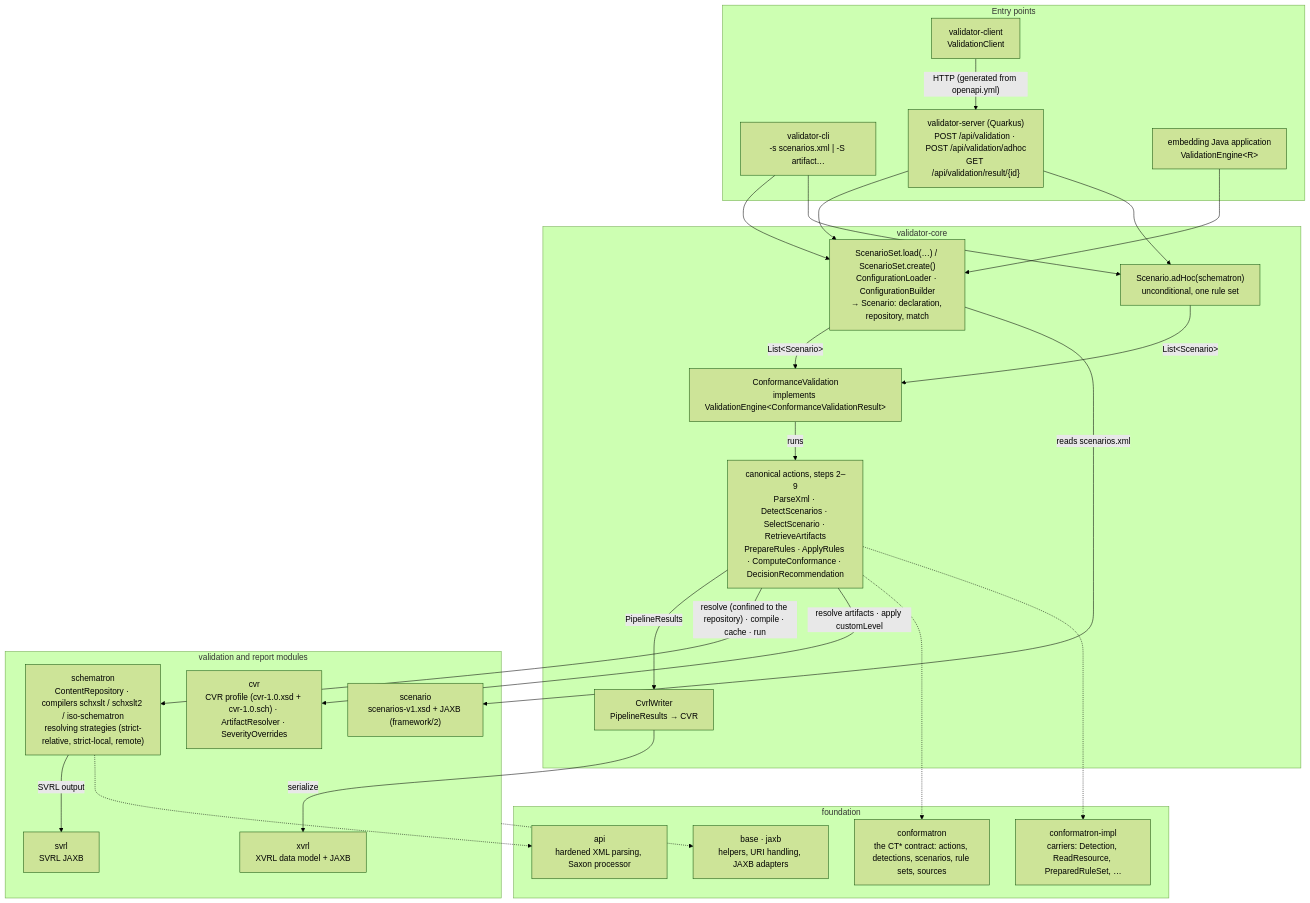
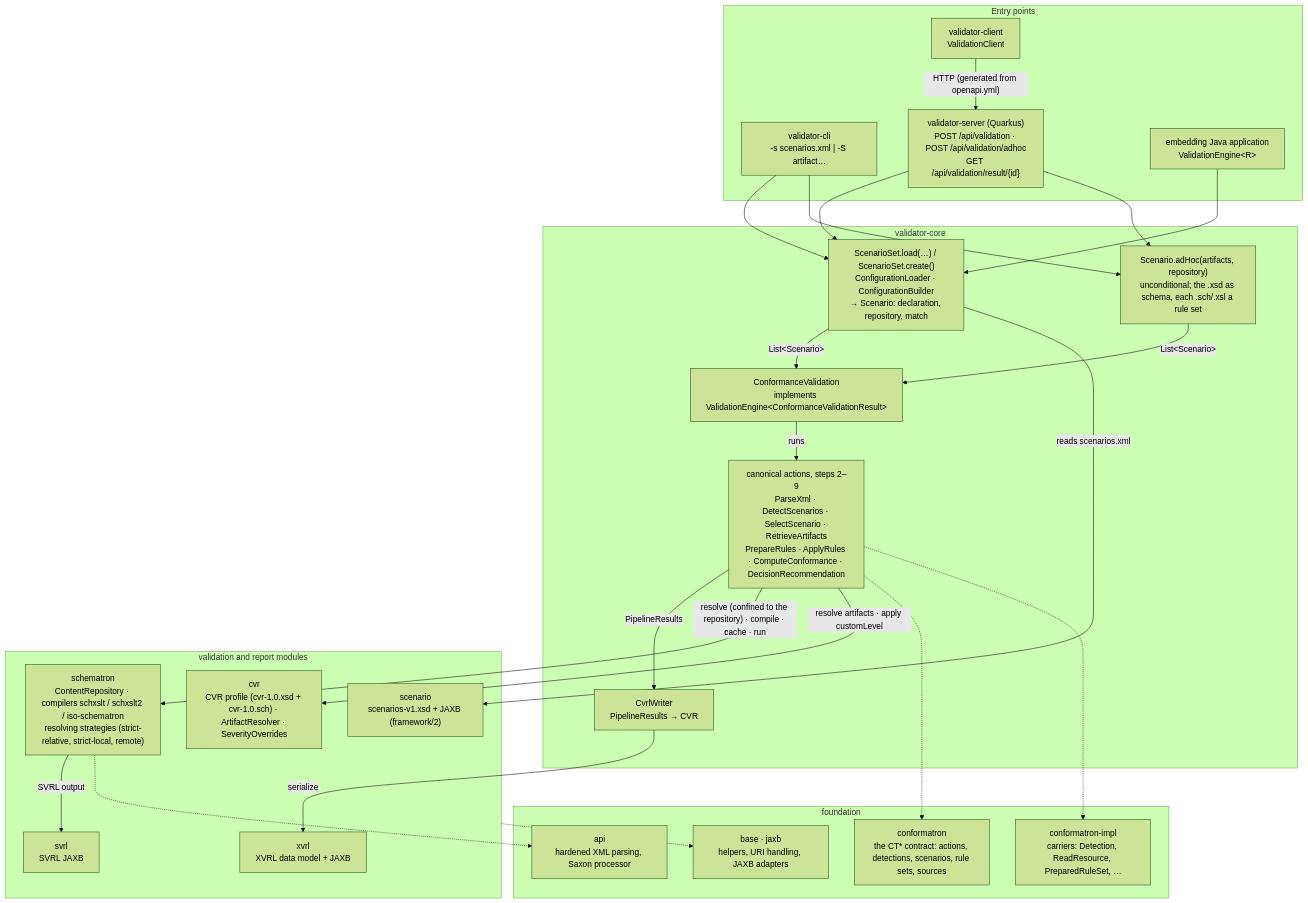
Before and after one commit to itplr-kosit/validator: the first of 5 diagrams in docs/architecture.md, drawn with Mermaid (forest theme). The commit also changed other lines of this file and 9 other files, not shown here.

````diff
--- a/docs/architecture.md
+++ b/docs/architecture.md
@@ -15,51 +15,51 @@
 ```mermaid
 flowchart TB
     subgraph entry["Entry points"]
         CLI["validator-cli<br/>-s scenarios.xml | -S artifact…"]
         SRV["validator-server (Quarkus)<br/>POST /api/validation · POST /api/validation/adhoc<br/>GET /api/validation/result/{id}"]
         CLT["validator-client<br/>ValidationClient"]
         APP["embedding Java application<br/>ValidationEngine&lt;R&gt;"]
     end
     CLT -- "HTTP (generated from openapi.yml)" --> SRV
 
     subgraph core["validator-core"]
         LOAD["ScenarioSet.load(…) / ScenarioSet.create()<br/>ConfigurationLoader · ConfigurationBuilder<br/>→ Scenario: declaration, repository, match"]
-        ADHOC["Scenario.adHoc(schematron)<br/>unconditional, one rule set"]
+        ADHOC["Scenario.adHoc(artifacts, repository)<br/>unconditional; the .xsd as schema, each .sch/.xsl a rule set"]
         ENG["ConformanceValidation<br/>implements ValidationEngine&lt;ConformanceValidationResult&gt;"]
         ACT["canonical actions, steps 2–9<br/>ParseXml · DetectScenarios · SelectScenario · RetrieveArtifacts<br/>PrepareRules · ApplyRules · ComputeConformance · DecisionRecommendation"]
         WR["CvrlWriter<br/>PipelineResults → CVR"]
     end
     CLI --> LOAD
     CLI --> ADHOC
     SRV --> LOAD
     SRV --> ADHOC
     APP --> LOAD
     LOAD -- "List&lt;Scenario&gt;" --> ENG
     ADHOC -- "List&lt;Scenario&gt;" --> ENG
     ENG -- "runs" --> ACT
     ACT -- "PipelineResults" --> WR
 
     subgraph engines["validation and report modules"]
         SCH["schematron<br/>ContentRepository · compilers schxslt / schxslt2 / iso-schematron<br/>resolving strategies (strict-relative, strict-local, remote)"]
         CVRM["cvr<br/>CVR profile (cvr-1.0.xsd + cvr-1.0.sch) · ArtifactResolver · SeverityOverrides"]
         XVRL["xvrl<br/>XVRL data model + JAXB"]
         SCEN["scenario<br/>scenarios-v1.xsd + JAXB (framework/2)"]
         SVRL["svrl<br/>SVRL JAXB"]
     end
     LOAD -- "reads scenarios.xml" --> SCEN
     ACT -- "resolve (confined to the repository) · compile · cache · run" --> SCH
     ACT -- "resolve artifacts · apply customLevel" --> CVRM
     SCH -- "SVRL output" --> SVRL
     WR -- "serialize" --> XVRL
 
     subgraph found["foundation"]
         CTAPI["conformatron<br/>the CT* contract: actions, detections, scenarios, rule sets, sources"]
         CTIMPL["conformatron-impl<br/>carriers: Detection, ReadResource, PreparedRuleSet, …"]
         API["api<br/>hardened XML parsing, Saxon processor"]
         BASE["base · jaxb<br/>helpers, URI handling, JAXB adapters"]
     end
     ACT -.-> CTAPI
     ACT -.-> CTIMPL
     SCH -.-> API
     engines -.-> BASE
 ```
````
